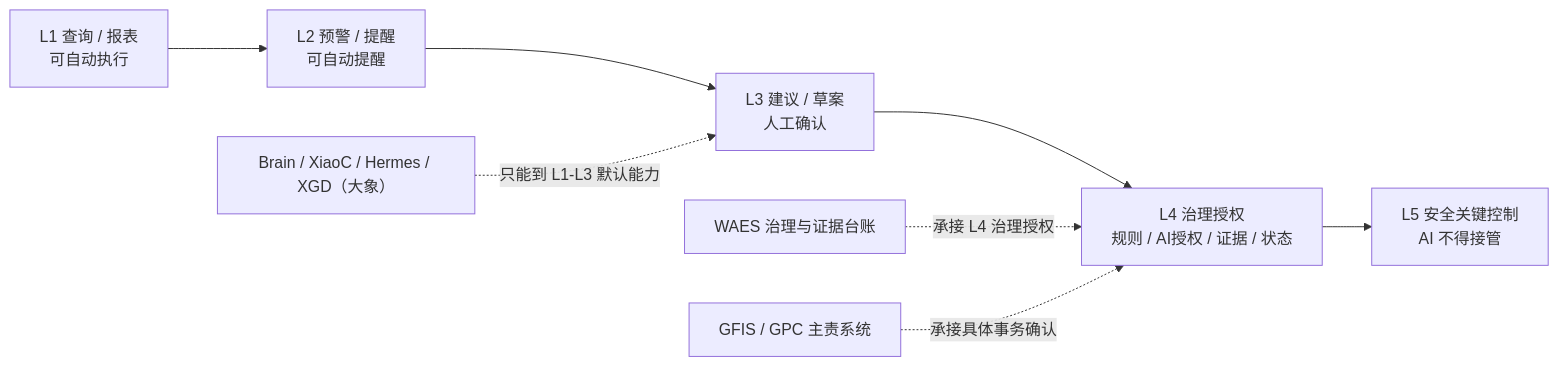
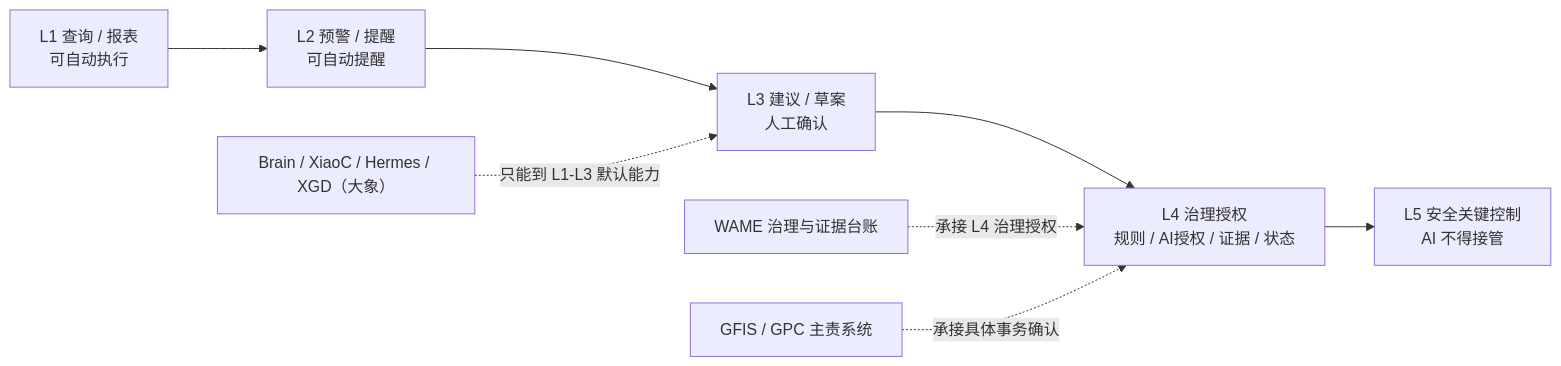
Before and after one commit to Jiumilu/GCGPCF: the second of 2 diagrams in 01-architecture/GlobalCloud智慧工厂项目群架构图.md, drawn with Mermaid. The commit also changed other lines of this file and 968 other files, not shown here.

First line of the commit message:
docs(naming): WAES→WAME 命名与文档层全局同步（Markdown）

````diff
--- a/01-architecture/GlobalCloud智慧工厂项目群架构图.md
+++ b/01-architecture/GlobalCloud智慧工厂项目群架构图.md
@@ -109,11 +109,11 @@
 ```mermaid
 flowchart LR
   L1["L1 查询 / 报表<br/>可自动执行"] --> L2["L2 预警 / 提醒<br/>可自动提醒"]
   L2 --> L3["L3 建议 / 草案<br/>人工确认"]
   L3 --> L4["L4 治理授权<br/>规则 / AI授权 / 证据 / 状态"]
   L4 --> L5["L5 安全关键控制<br/>AI 不得接管"]
 
   AI["Brain / XiaoC / Hermes / XGD（大象）"] -. "只能到 L1-L3 默认能力" .-> L3
-  WAES["WAES 治理与证据台账"] -. "承接 L4 治理授权" .-> L4
+  WAME["WAME 治理与证据台账"] -. "承接 L4 治理授权" .-> L4
   GFIS["GFIS / GPC 主责系统"] -. "承接具体事务确认" .-> L4
 ```
````
